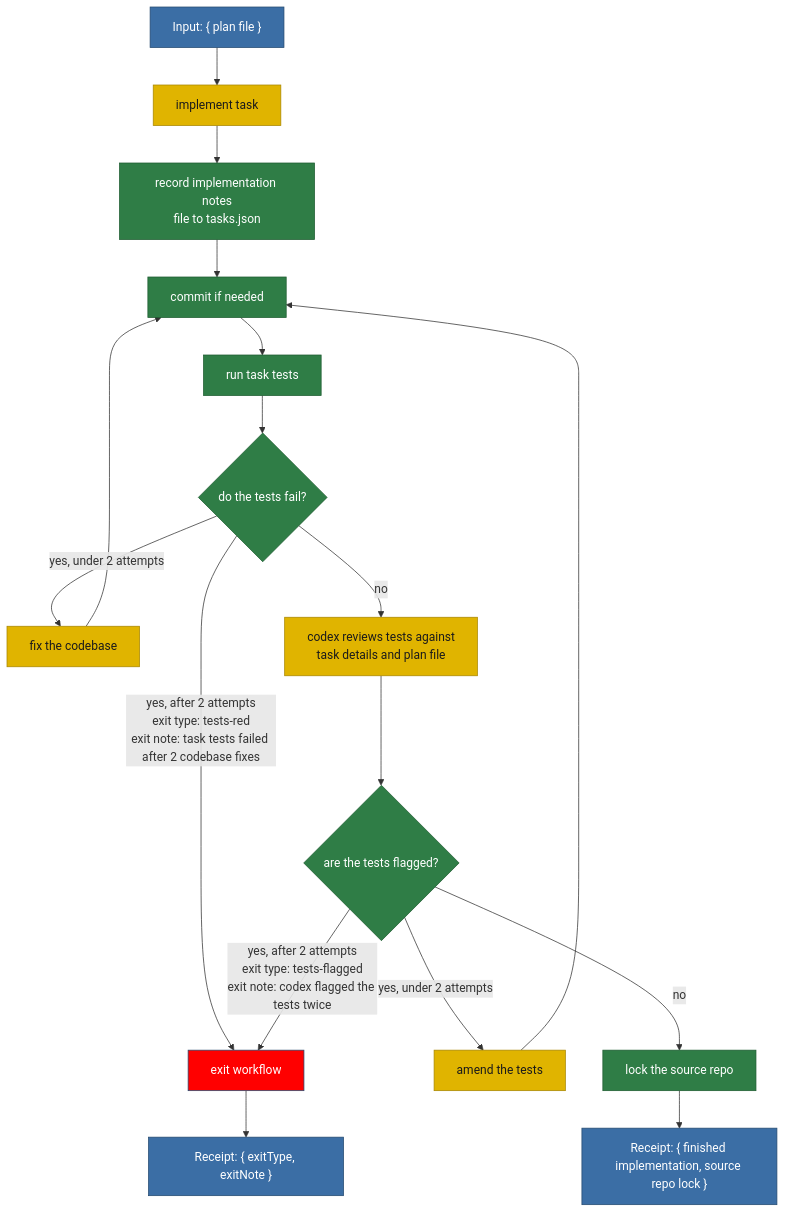
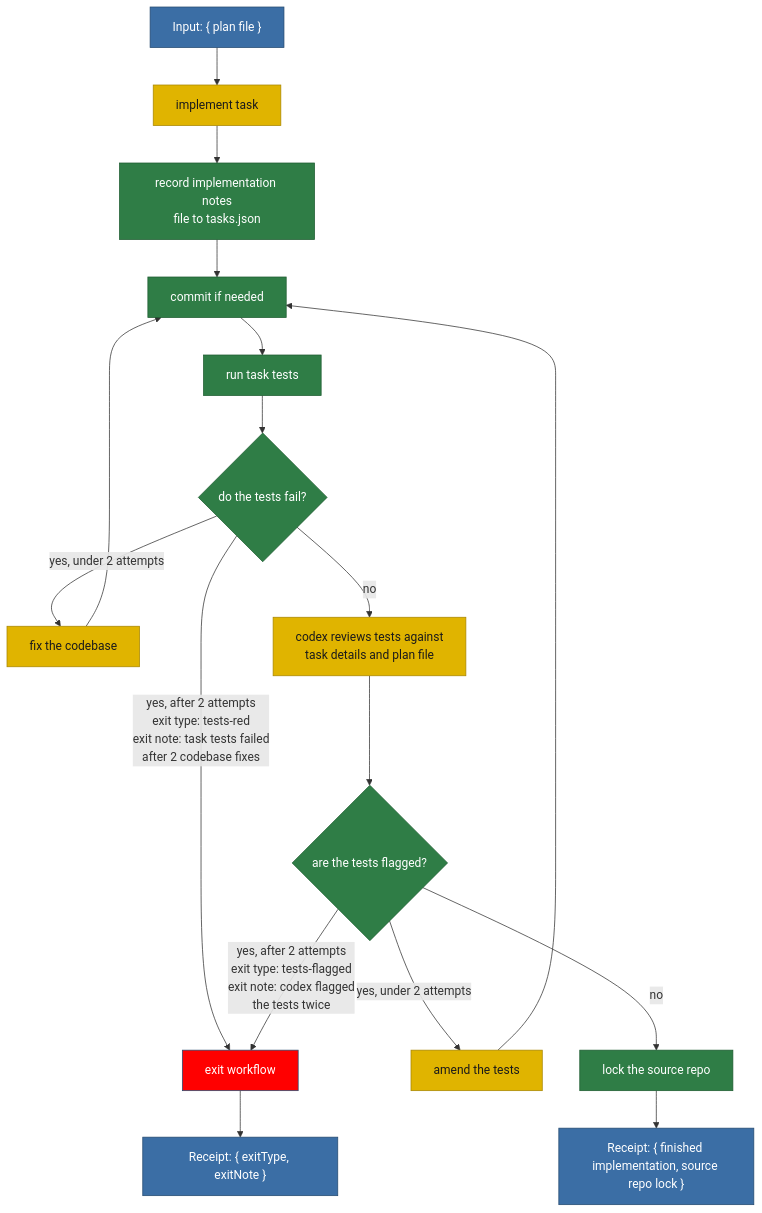
Before and after one commit to matkatmusic/taskTools: the diagram in plans/diagram/pipeline-implementTest.mmd, drawn with Mermaid. The commit also changed 4 other files, not shown here.

Commit message:
switched back to dagre engine for pipeline diagrams

```diff
--- a/plans/diagram/pipeline-implementTest.mmd
+++ b/plans/diagram/pipeline-implementTest.mmd
@@ -1,80 +1,80 @@
 flowchart TB
 %% IMPLEMENT AND TEST PIPELINE. Split from pipeline.mmd.
 %% Input: the plan file from the planning pipeline.
 %% Starts at "implement task".
 %% Ends by locking the source repo and handing a finished implementation to the
 %% rebase and merge pipeline, or with an exit.
 %% Rules that apply everywhere, not steps:
 %%   1. Every git interaction goes through a script. Never prose.
 %%   2. Every read and write of tasks.json is atomic.
 %%   3. Never update a test that was not created in this task's worktree,
 %%      unless that test is broken or asserts nothing.
 %%   4. "fix the codebase" edits source, not tests.
 %%   5. Never progress past a suite run until every test passes.
 %%   6. Every test loop runs commit the work -> test the work -> repair the work.
 %%      A repair is never tested until it is committed, so each loop re-enters at
 %%      its "commit if needed" box, never at the test box.
 %%   7. "commit if needed" commits nothing when the worktree is clean. Its message
 %%      is derived, not chosen: the run's first commit is the work, and every
 %%      commit after it is a repair to code that made tests fail.
 %%   8. Every box that touches the working tree operates on every repository
 %%      layer, deepest submodule first, root last: commit and run tests both walk
 %%      the same occurrence tree. Boxes that only read or write tasks.json do not.
 %%   9. A script that fails operationally, as opposed to returning a verdict,
 %%      exits the run as run-failed. No step is retried after it has mutated
 %%      anything. The task is already active and a worktree already exists here,
 %%      so the exit workflow always runs in full.
 %%  10. "lock the source repo" holds one lock on the source repository for the
 %%      whole tail of the run, across the rebase and merge pipeline and the exit
 %%      workflow. The lock is a durable file, acquired and released by different
 %%      processes, owned by "runId:taskNumber" - NOT by runId alone, because
 %%      every task workflow in one invocation shares a runId and would otherwise
 %%      read a sibling's lock as its own. Exactly one box releases it: "clean up"
 %%      on success, "release the worktree lease and the source lock if held" on
 %%      every exit. Both live in the exit workflow.
 %%  11. A mutating box whose result is lost is never blindly retried and never
 %%      assumed failed. Each one, including a test box that records its result,
 %%      has a read-only reconciliation check that reads the world and decides
 %%      whether it already happened. A safe idempotent rerun happens only after
 %%      reconciliation proves it did not complete. Only an ambiguous loss is
 %%      run-failed.
 %% Diamond definitions where the name alone is not enough:
 %%   do the task tests pass?           - the test run alone decides this; codex
 %%                                       judges the tests, the tests judge the work
 %% Exit types this pipeline can produce:
 %%   tests-red          - task tests still failing after 2 fix attempts
 %%   tests-flagged      - codex flagged the tests twice
 %%   run-failed         - a script failed operationally
 %% run-failed is deliberately not drawn as an edge. It can leave ANY green box,
 %% so drawing it would add one edge per box and hide the flow. Rule 9 is its
 %% specification: a non-zero exit from any script goes straight to the exit
 %% workflow with exit type run-failed and the script's stderr as the note.
 %% The committed, green implementation this pipeline emits is the input to the
 %% rebase and merge pipeline.
 
   INPUT["Input: { plan file }"] --> A
   A["implement task"] --> NOTES["record implementation notes<br/>file to tasks.json"]
   NOTES --> CW["commit if needed"]
   CW --> TT["run task tests"]
   TT --> QTF{"do the tests fail?"}
   QTF -- "yes, under 2 attempts" --> FIXT["fix the codebase"]
   FIXT --> CW
-  QTF -- "yes, after 2 attempts<br/>exit type: tests-red<br/>exit note: task tests failed after 2 codebase fixes" --> EXITWF
+  QTF -- "yes, after 2 attempts<br/>exit type: tests-red<br/>exit note: task tests failed<br/>after 2 codebase fixes" --> EXITWF
   QTF -- no --> RT["codex reviews tests against<br/>task details and plan file"]
   RT --> QCX{"are the tests flagged?"}
   QCX -- "yes, under 2 attempts" --> AMT["amend the tests"]
   AMT --> CW
-  QCX -- "yes, after 2 attempts<br/>exit type: tests-flagged<br/>exit note: codex flagged the tests twice" --> EXITWF
+  QCX -- "yes, after 2 attempts<br/>exit type: tests-flagged<br/>exit note: codex flagged<br/>the tests twice" --> EXITWF
   QCX -- no --> RB["lock the source repo"]
   RB --> RECEIPT["Receipt: { finished implementation, source repo lock }"]
 
   EXITWF["exit workflow"] --> FAIL_RECEIPT["Receipt: { exitType, exitNote }"]
 
   classDef script fill:#2f7d46,stroke:#1e5c31,color:#ffffff
   classDef prose fill:#e0b400,stroke:#a88600,color:#1a1a1a
   classDef output fill:#3b6ea5,stroke:#254a70,color:#ffffff
   classDef fail fill:red,stroke:#254a70,color:#ffffff
   class NOTES,CW,TT,QTF,QCX,RB script
   class A,RT,FIXT,AMT prose
   class EXITWF fail
   class INPUT,RECEIPT,FAIL_RECEIPT output
```
